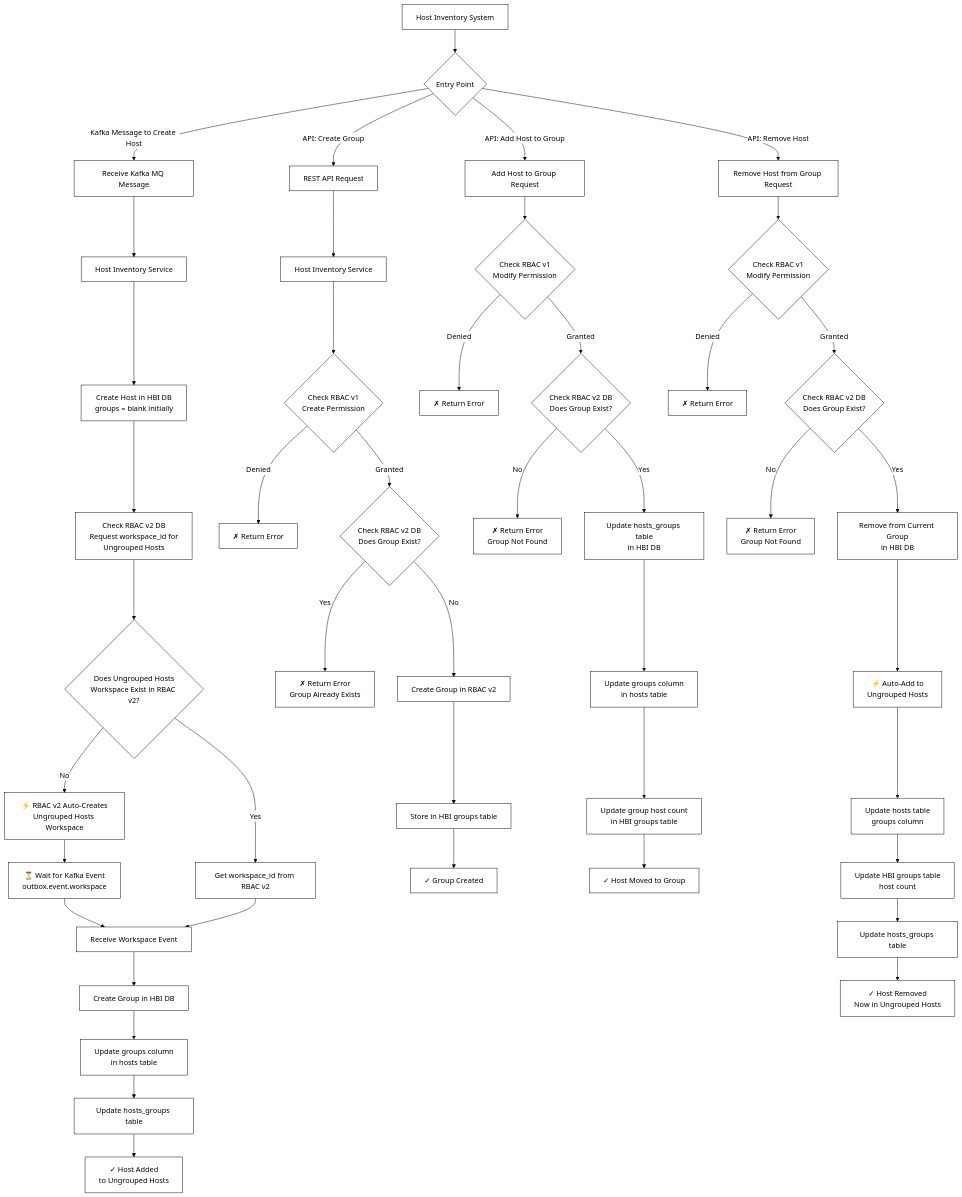
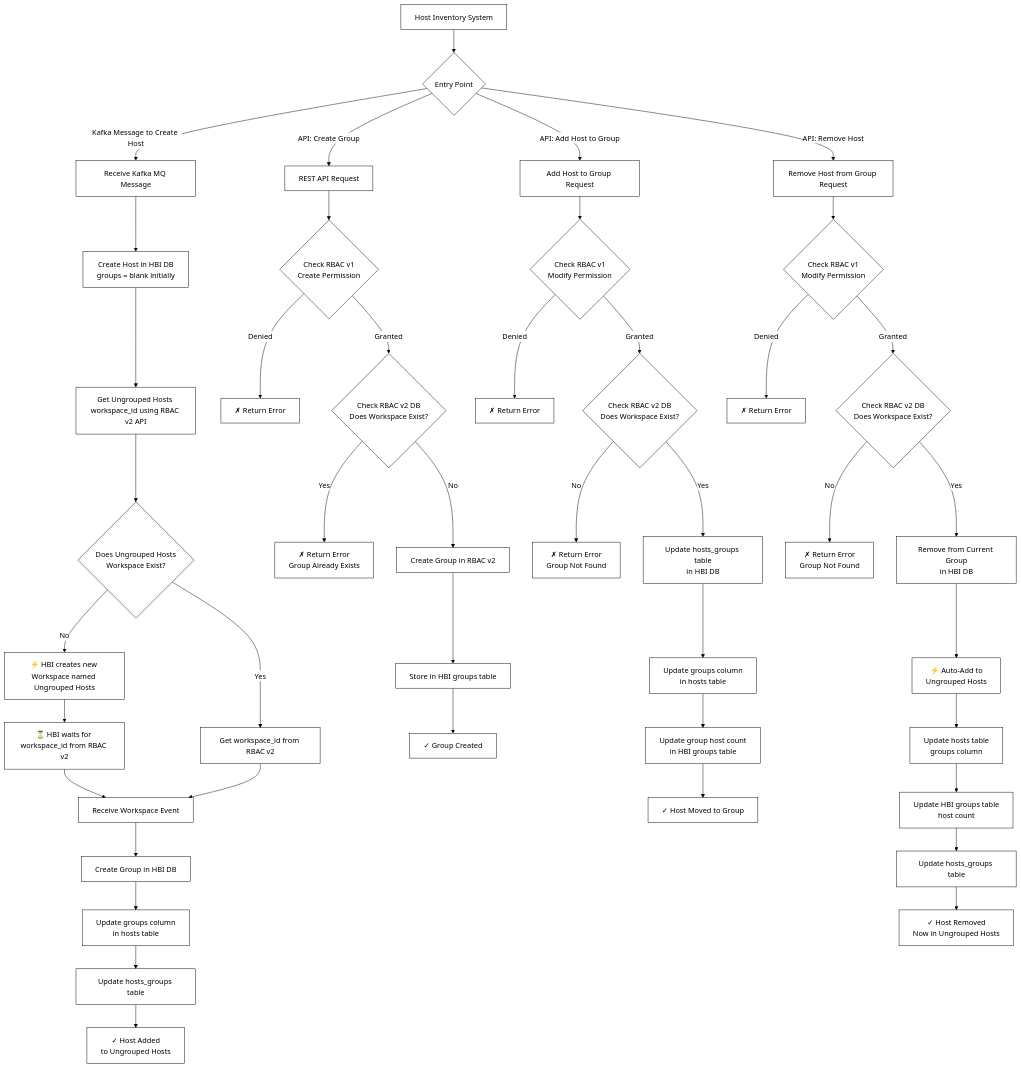
The fourth of 4 diagrams in docs/kessel-effects-combined.md (RedHatInsights/insights-host-inventory), drawn with Mermaid before and after one commit. The commit also changed other lines of this file, not shown here.

````diff
--- a/docs/kessel-effects-combined.md
+++ b/docs/kessel-effects-combined.md
@@ -128,58 +126,56 @@
 ```mermaid
 %%{init: {'theme':'base', 'themeVariables': { 'primaryColor':'#ffffff','primaryTextColor':'#000000','primaryBorderColor':'#000000','lineColor':'#000000','secondaryColor':'#ffffff','tertiaryColor':'#ffffff','clusterBkg':'#ffffff','clusterBorder':'#000000','titleColor':'#000000','edgeLabelBackground':'#ffffff','nodeTextColor':'#000000'}}}%%
 flowchart TD
     Start[Host Inventory System]
     Start --> Entry{Entry Point}
 
     Entry -->|Kafka Message to Create Host| KC1[Receive Kafka MQ Message]
     Entry -->|API: Create Group| KGC1[REST API Request]
     Entry -->|API: Add Host to Group| KHG1[Add Host to Group Request]
     Entry -->|API: Remove Host| KRG1[Remove Host from Group Request]
 
     %% Host Creation Flow - Always Grouped
-    KC1 --> KC2[Host Inventory Service]
-    KC2 --> KC3[Create Host in HBI DB<br/>groups = blank initially]
-    KC3 --> KC4[Check RBAC v2 DB<br/>Request workspace_id for<br/>Ungrouped Hosts]
-    KC4 --> KC5{Does Ungrouped Hosts<br/>Workspace Exist in RBAC v2?}
-    KC5 -->|No| KC6[⚡ RBAC v2 Auto-Creates<br/>Ungrouped Hosts Workspace]
+    KC1 --> KC3[Create Host in HBI DB<br/>groups = blank initially]
+    KC3 --> KC4[Get Ungrouped Hosts workspace_id using RBAC v2 API]
+    KC4 --> KC5{Does Ungrouped Hosts<br/>Workspace Exist?}
+    KC5 -->|No| KC6[⚡ HBI creates new Workspace named <br/>Ungrouped Hosts]
     KC5 -->|Yes| KC7[Get workspace_id from RBAC v2]
-    KC6 --> KC8[⏳ Wait for Kafka Event<br/>outbox.event.workspace]
+    KC6 --> KC8[⏳ HBI waits for workspace_id from RBAC v2]
     KC8 --> KC9[Receive Workspace Event]
     KC7 --> KC9
     KC9 --> KC10[Create Group in HBI DB]
     KC10 --> KC11[Update groups column<br/>in hosts table]
     KC11 --> KC12[Update hosts_groups table]
     KC12 --> KC13[✓ Host Added <br/>to Ungrouped Hosts]
 
     %% Group Creation Flow
-    KGC1 --> KGC2[Host Inventory Service]
-    KGC2 --> KGC3{Check RBAC v1<br/>Create Permission}
+    KGC1 --> KGC3{Check RBAC v1<br/>Create Permission}
     KGC3 -->|Denied| KGC4[✗ Return Error]
-    KGC3 -->|Granted| KGC5{Check RBAC v2 DB<br/>Does Group Exist?}
+    KGC3 -->|Granted| KGC5{Check RBAC v2 DB<br/>Does Workspace Exist?}
     KGC5 -->|Yes| KGC8[✗ Return Error<br/>Group Already Exists]
     KGC5 -->|No| KGC6[Create Group in RBAC v2]
     KGC6 --> KGC7[Store in HBI groups table]
     KGC7 --> KGC9[✓ Group Created]
 
     %% Add Host to Group Flow
     KHG1 --> KHG2{Check RBAC v1<br/>Modify Permission}
     KHG2 -->|Denied| KHG3[✗ Return Error]
-    KHG2 -->|Granted| KHG4{Check RBAC v2 DB<br/>Does Group Exist?}
+    KHG2 -->|Granted| KHG4{Check RBAC v2 DB<br/>Does Workspace Exist?}
     KHG4 -->|No| KHG9[✗ Return Error<br/>Group Not Found]
     KHG4 -->|Yes| KHG5[Update hosts_groups table<br/>in HBI DB]
     KHG5 --> KHG6[Update groups column<br/>in hosts table]
     KHG6 --> KHG7[Update group host count<br/>in HBI groups table]
     KHG7 --> KHG10[✓ Host Moved to Group]
 
     %% Remove Host from Group Flow - Auto Ungrouped
     KRG1 --> KRG2{Check RBAC v1<br/>Modify Permission}
     KRG2 -->|Denied| KRG10[✗ Return Error]
-    KRG2 -->|Granted| KRG3{Check RBAC v2 DB<br/>Does Group Exist?}
+    KRG2 -->|Granted| KRG3{Check RBAC v2 DB<br/>Does Workspace Exist?}
     KRG3 -->|No| KRG8[✗ Return Error<br/>Group Not Found]
     KRG3 -->|Yes| KRG4[Remove from Current Group<br/>in HBI DB]
     KRG4 --> KRG5[⚡ Auto-Add to<br/>Ungrouped Hosts]
     KRG5 --> KRG6[Update hosts table<br/>groups column]
     KRG6 --> KRG7[Update HBI groups table<br/>host count]
     KRG7 --> KRG8B[Update hosts_groups table]
     KRG8B --> KRG9[✓ Host Removed<br/>Now in Ungrouped Hosts]
 ```
````
